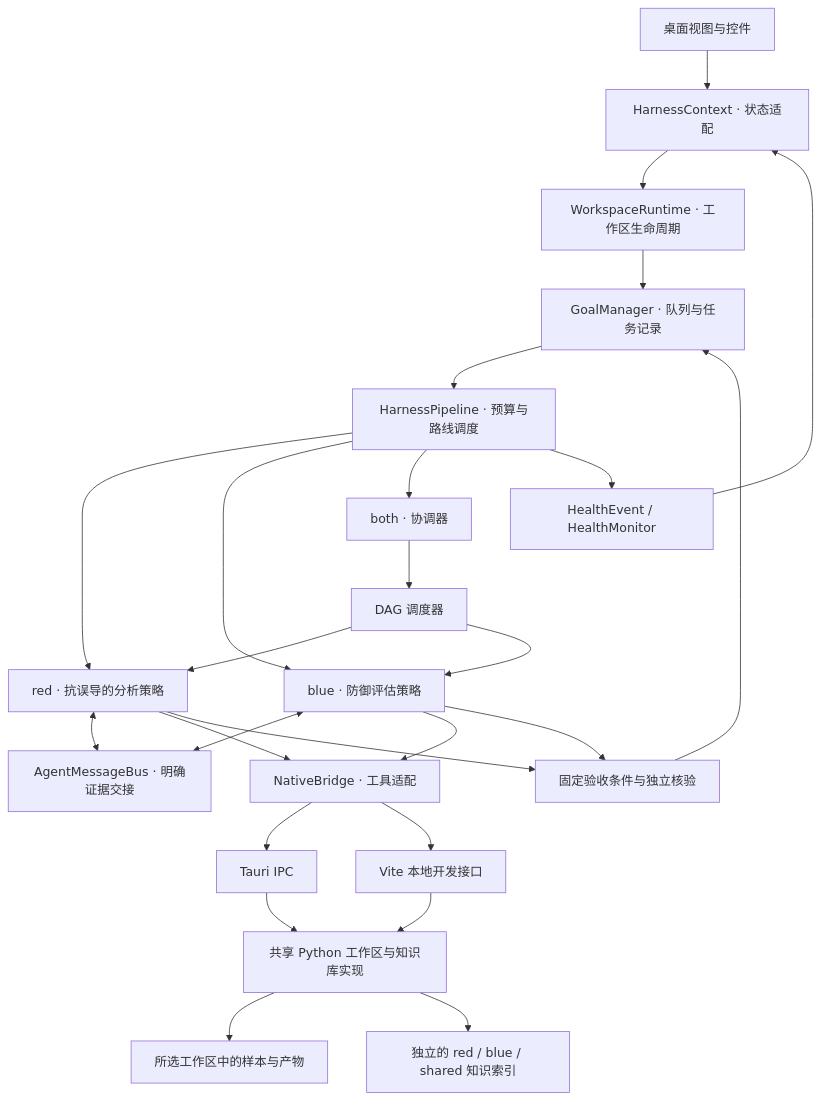
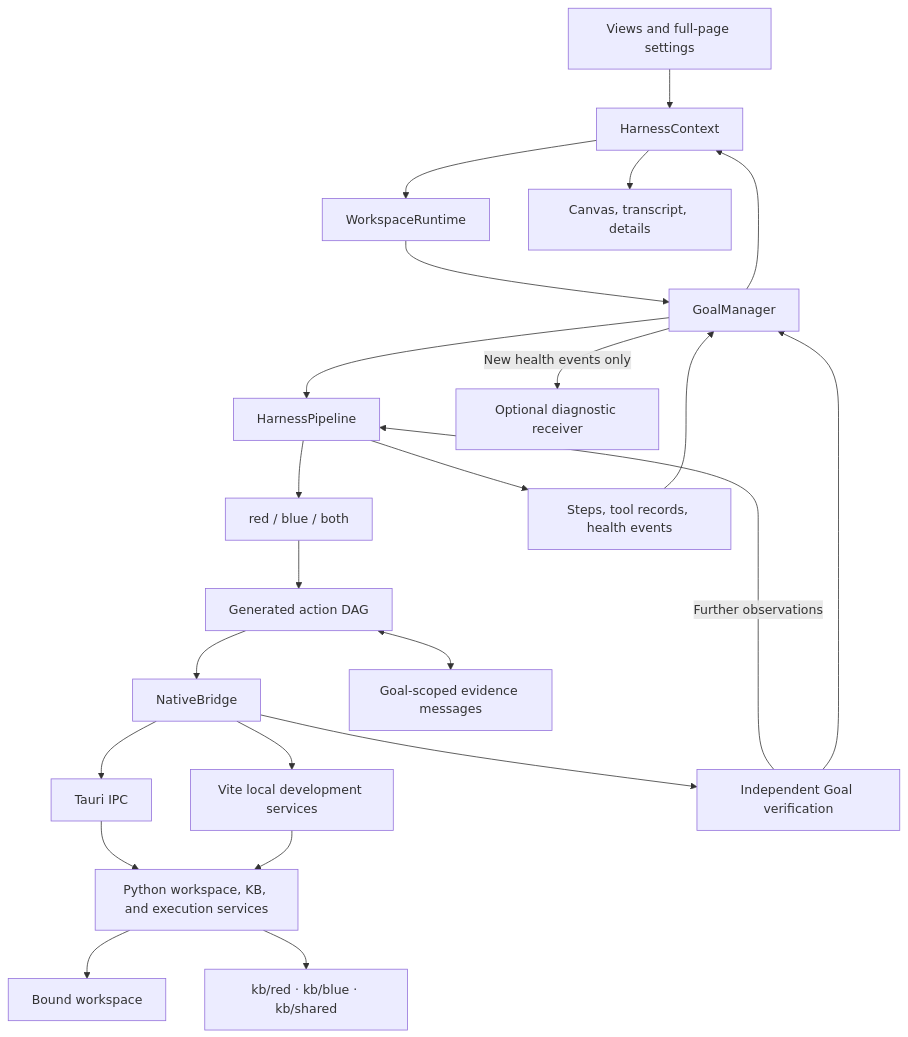
The diagram in desktop/ARCHITECTURE.md (LING71671/open-reverselab), drawn with Mermaid before and after one commit. The commit also changed other lines of this file and 11 other files, not shown here.

Commit message:
docs(desktop): document current runtime and workspace contracts

````diff
--- a/desktop/ARCHITECTURE.md
+++ b/desktop/ARCHITECTURE.md
@@ -5,23 +9,25 @@
 ```mermaid
-flowchart TB
-  UI[桌面视图与控件] --> State[HarnessContext · 状态适配]
-  State --> Workspace[WorkspaceRuntime · 工作区生命周期]
-  Workspace --> Goals[GoalManager · 队列与任务记录]
-  Goals --> Pipeline[HarnessPipeline · 预算与路线调度]
-  Pipeline --> Red[red · 抗误导的分析策略]
-  Pipeline --> Blue[blue · 防御评估策略]
-  Pipeline --> Both[both · 协调器]
-  Both --> DAG[DAG 调度器]
-  DAG --> Red & Blue
-  Red & Blue <--> Bus[AgentMessageBus · 明确证据交接]
-  Red & Blue --> Tools[NativeBridge · 工具适配]
-  Tools --> Native[Tauri IPC]
-  Tools --> Browser[Vite 本地开发接口]
-  Native & Browser --> Python[共享 Python 工作区与知识库实现]
-  Red & Blue --> Verify[固定验收条件与独立核验]
+flowchart TD
+  UI["Views and full-page settings"] --> State["HarnessContext"]
+  State --> Workspace["WorkspaceRuntime"]
+  Workspace --> Goals["GoalManager"]
+  Goals --> Pipeline["HarnessPipeline"]
+  Pipeline --> Policies["red / blue / both"]
+  Policies --> Actions["Generated action DAG"]
+  Actions --> Tools["NativeBridge"]
+  Tools --> Native["Tauri IPC"]
+  Tools --> Browser["Vite local development services"]
+  Native --> Python["Python workspace, KB, and execution services"]
+  Browser --> Python
+  Actions <--> Bus["Goal-scoped evidence messages"]
+  Tools --> Verify["Independent Goal verification"]
+  Verify -->|Further observations| Pipeline
   Verify --> Goals
-  Pipeline --> Health[HealthEvent / HealthMonitor]
-  Health --> State
-  Python --> Disk[所选工作区中的样本与产物]
-  Python --> KB[独立的 red / blue / shared 知识索引]
+  Pipeline --> Events["Steps, tool records, health events"]
+  Events --> Goals
+  Goals --> State
+  State --> Canvas["Canvas, transcript, details"]
+  Python --> Disk["Bound workspace"]
+  Python --> KB["kb/red · kb/blue · kb/shared"]
+  Goals -->|New health events only| Telemetry["Optional diagnostic receiver"]
 ```
````
